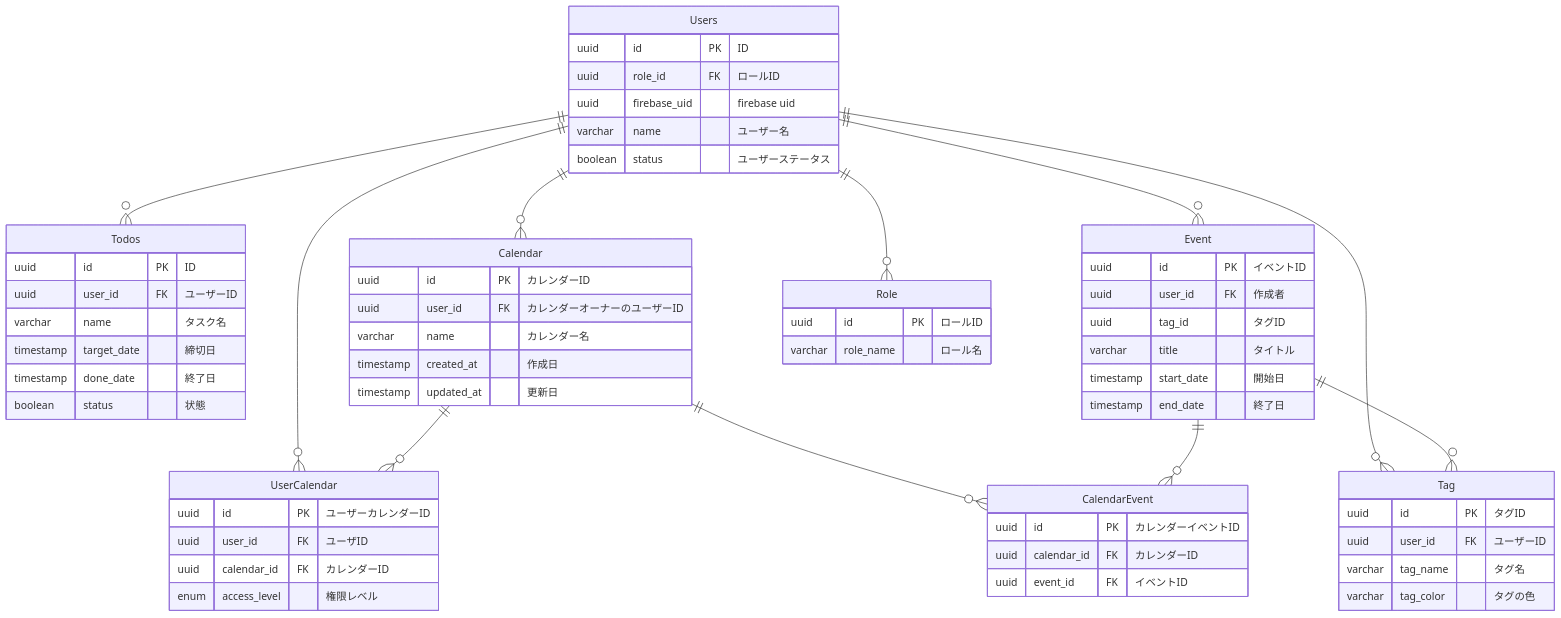
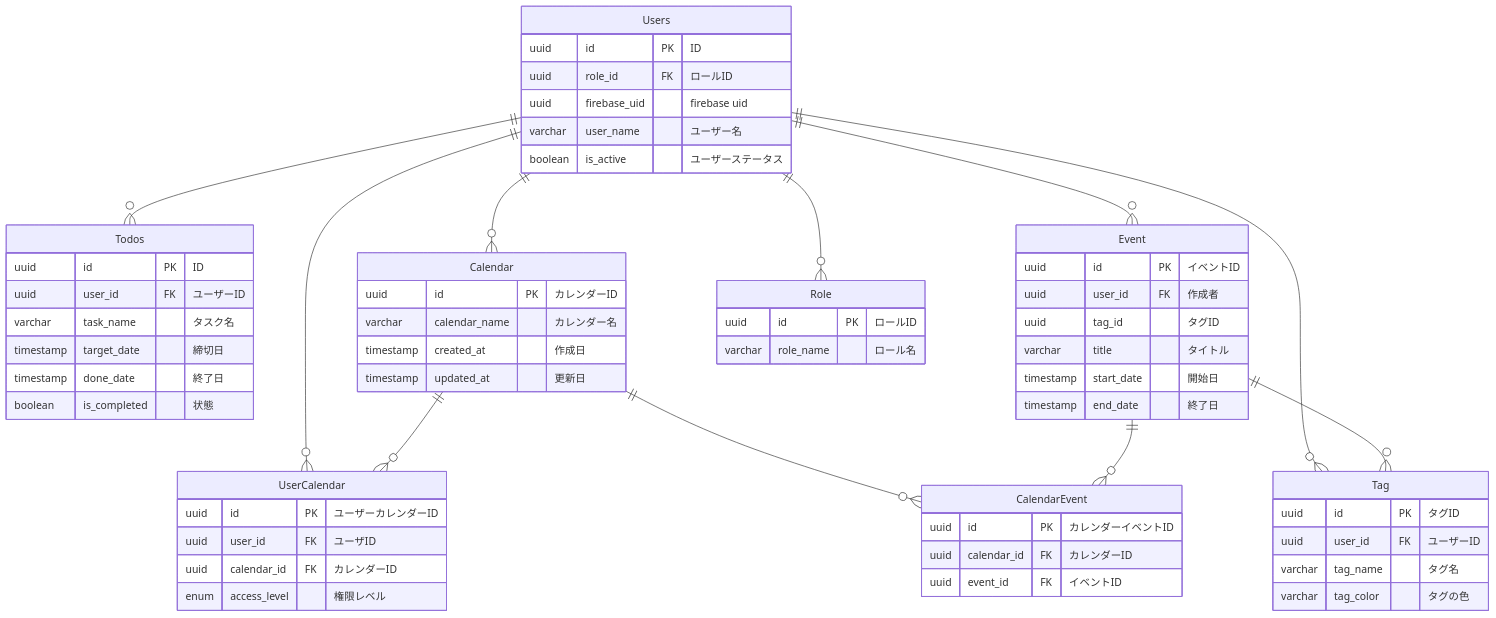
The diagram in docs/db.md (km1110/task-copilot-server), drawn with Mermaid before and after one commit.

Commit message:
docs: :memo: update column name

````diff
--- a/docs/db.md
+++ b/docs/db.md
@@ -3,79 +3,78 @@
 ```mermaid
 ---
 title: ""
 ---
 erDiagram
     Users ||--o{ Todos  : ""
     Users ||--o{ Calendar  : ""
     Users ||--o{ Event  : ""
     Users ||--o{ Role  : ""
     Users ||--o{ Tag  : ""
     Users ||--o{ UserCalendar  : ""
 
     Calendar ||--o{ UserCalendar : ""
     Calendar ||--o{ CalendarEvent : ""
 
     Event ||--o{ Tag : ""
     Event ||--o{ CalendarEvent : ""
 
 
     Users {
       uuid id PK "ID"
       uuid role_id FK "ロールID"
       uuid firebase_uid "firebase uid"
-      varchar name "ユーザー名"
-      boolean status "ユーザーステータス"
+      varchar user_name "ユーザー名"
+      boolean is_active "ユーザーステータス"
     }
 
     Todos {
       uuid id PK "ID"
       uuid user_id FK "ユーザーID"
-      varchar name "タスク名"
+      varchar task_name "タスク名"
       timestamp target_date "締切日"
       timestamp done_date "終了日"
-      boolean status "状態"
+      boolean is_completed "状態"
     }
 
     Calendar {
       uuid id PK "カレンダーID"
-      uuid user_id FK "カレンダーオーナーのユーザーID"
-      varchar name "カレンダー名"
+      varchar calendar_name "カレンダー名"
       timestamp created_at "作成日"
       timestamp updated_at "更新日"
     }
 
     Event {
       uuid id PK "イベントID"
       uuid user_id FK "作成者"
       uuid tag_id "タグID"
       varchar title "タイトル"
       timestamp start_date "開始日"
       timestamp end_date "終了日"
     }
 
     Role {
       uuid id PK "ロールID"
       varchar role_name "ロール名"
     }
 
     Tag {
       uuid id PK "タグID"
       uuid user_id FK "ユーザーID"
       varchar tag_name "タグ名"
       varchar tag_color "タグの色"
     }
 
     UserCalendar {
       uuid id PK "ユーザーカレンダーID"
       uuid user_id FK "ユーザID"
       uuid calendar_id FK "カレンダーID"
       enum access_level "権限レベル"
     }
 
     CalendarEvent {
       uuid id PK "カレンダーイベントID"
       uuid calendar_id FK "カレンダーID"
       uuid event_id FK "イベントID"
     }
 
 ```
````
